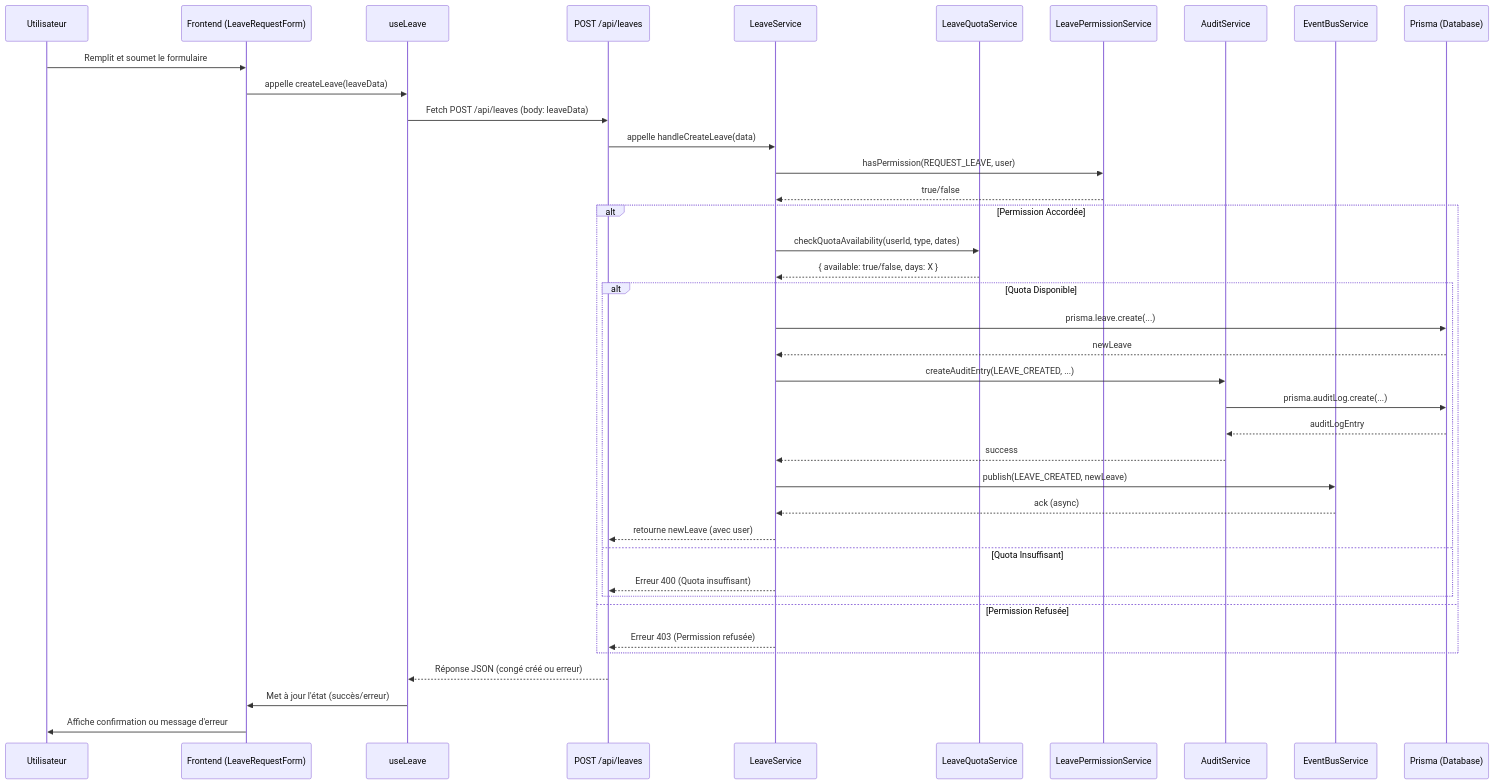
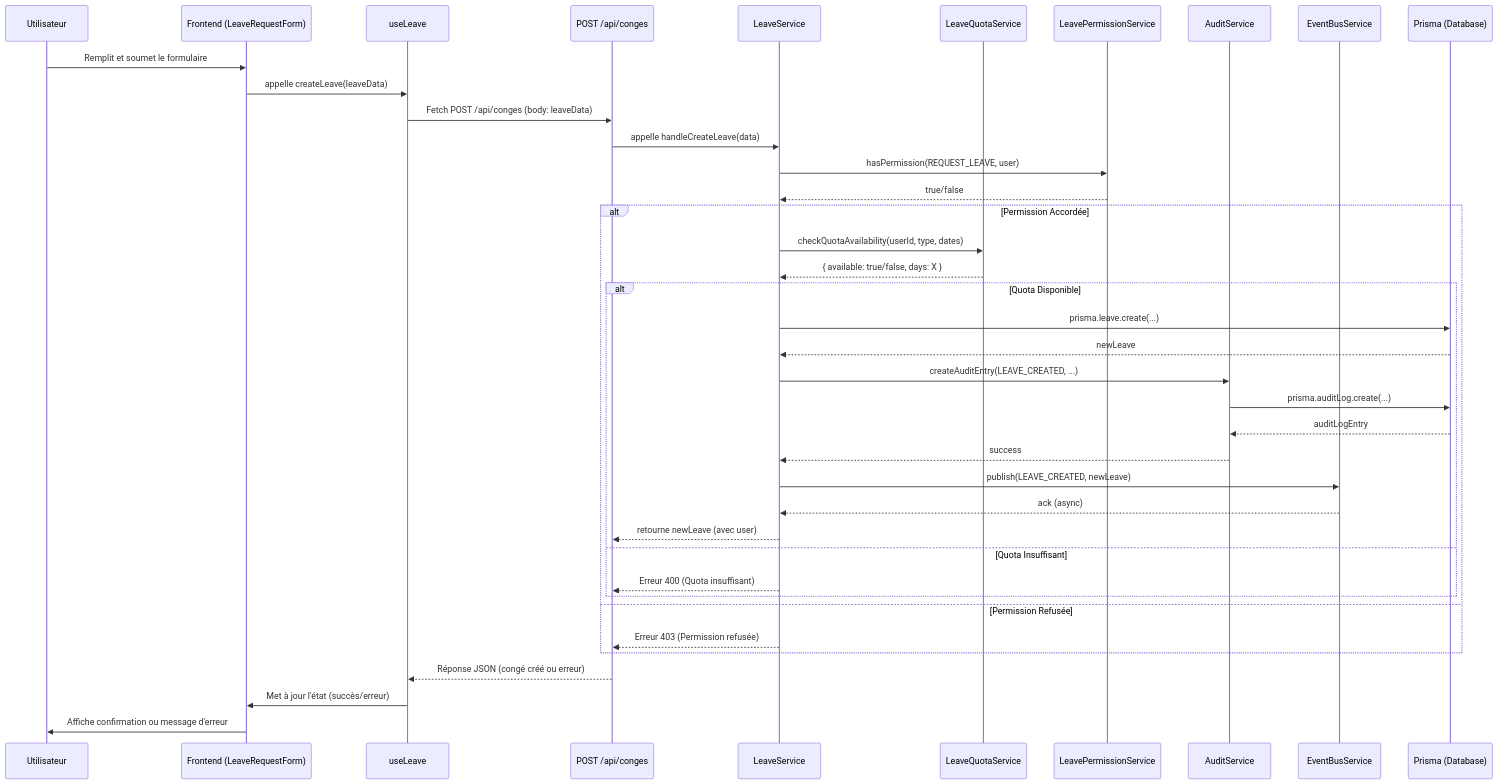
Before and after one commit to vperreard/Mathildanesth: the second of 3 diagrams in docs/technical/integration-architecture-leaves.md, drawn with Mermaid. The commit also changed other lines of this file and 836 other files, not shown here.

````diff
--- a/docs/technical/integration-architecture-leaves.md
+++ b/docs/technical/integration-architecture-leaves.md
@@ -400,42 +400,42 @@
 ```mermaid
 sequenceDiagram
     participant User as Utilisateur
     participant UI as Frontend (LeaveRequestForm)
     participant Hook as useLeave
-    participant API as POST /api/leaves
+    participant API as POST /api/conges
     participant LeaveSvc as LeaveService
     participant QuotaSvc as LeaveQuotaService
     participant PermSvc as LeavePermissionService
     participant AuditSvc as AuditService
     participant EventBus as EventBusService
     participant DB as Prisma (Database)
 
     User->>UI: Remplit et soumet le formulaire
     UI->>Hook: appelle createLeave(leaveData)
-    Hook->>API: Fetch POST /api/leaves (body: leaveData)
+    Hook->>API: Fetch POST /api/conges (body: leaveData)
     API->>LeaveSvc: appelle handleCreateLeave(data)
     LeaveSvc->>PermSvc: hasPermission(REQUEST_LEAVE, user)
     PermSvc-->>LeaveSvc: true/false
     alt Permission Accordée
         LeaveSvc->>QuotaSvc: checkQuotaAvailability(userId, type, dates)
         QuotaSvc-->>LeaveSvc: { available: true/false, days: X }
         alt Quota Disponible
             LeaveSvc->>DB: prisma.leave.create(...)
             DB-->>LeaveSvc: newLeave
             LeaveSvc->>AuditSvc: createAuditEntry(LEAVE_CREATED, ...)
             AuditSvc->>DB: prisma.auditLog.create(...)
             DB-->>AuditSvc: auditLogEntry
             AuditSvc-->>LeaveSvc: success
             LeaveSvc->>EventBus: publish(LEAVE_CREATED, newLeave)
             EventBus-->>LeaveSvc: ack (async)
             LeaveSvc-->>API: retourne newLeave (avec user)
         else Quota Insuffisant
             LeaveSvc-->>API: Erreur 400 (Quota insuffisant)
         end
     else Permission Refusée
         LeaveSvc-->>API: Erreur 403 (Permission refusée)
     end
     API-->>Hook: Réponse JSON (congé créé ou erreur)
     Hook->>UI: Met à jour l'état (succès/erreur)
     UI->>User: Affiche confirmation ou message d'erreur
 ```
````
